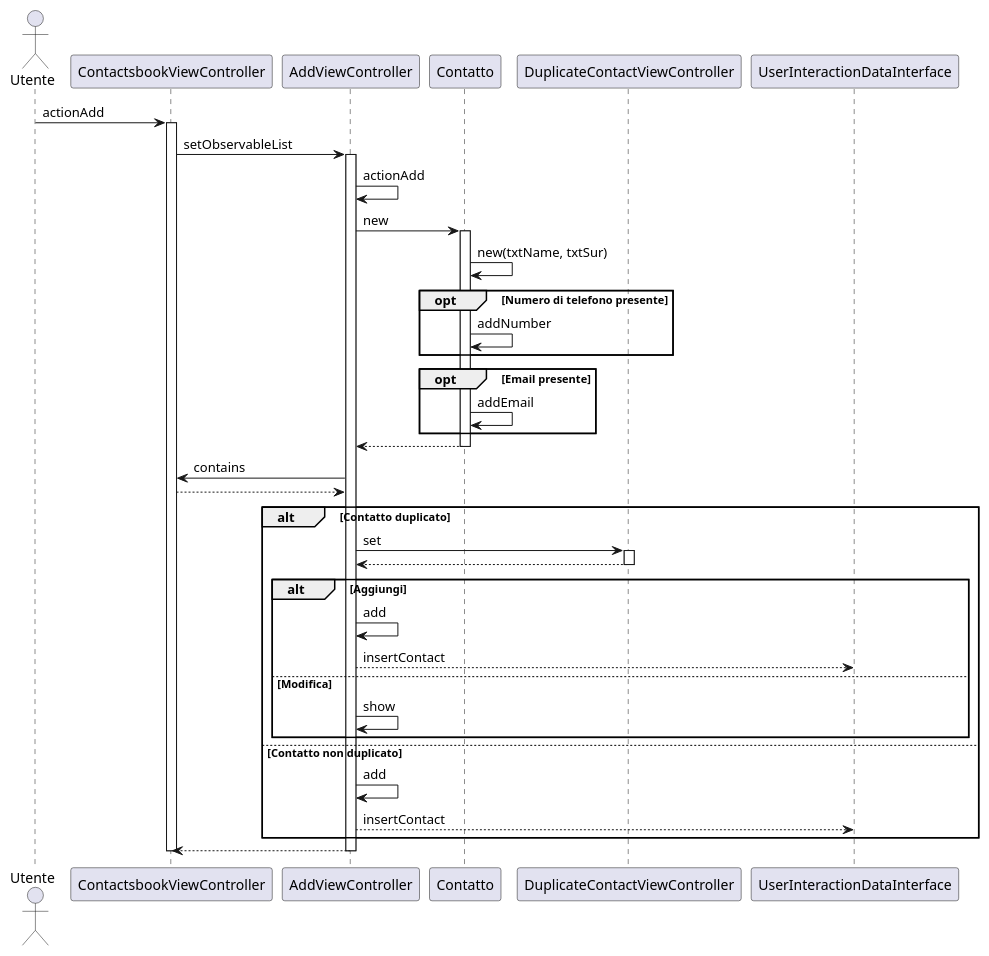
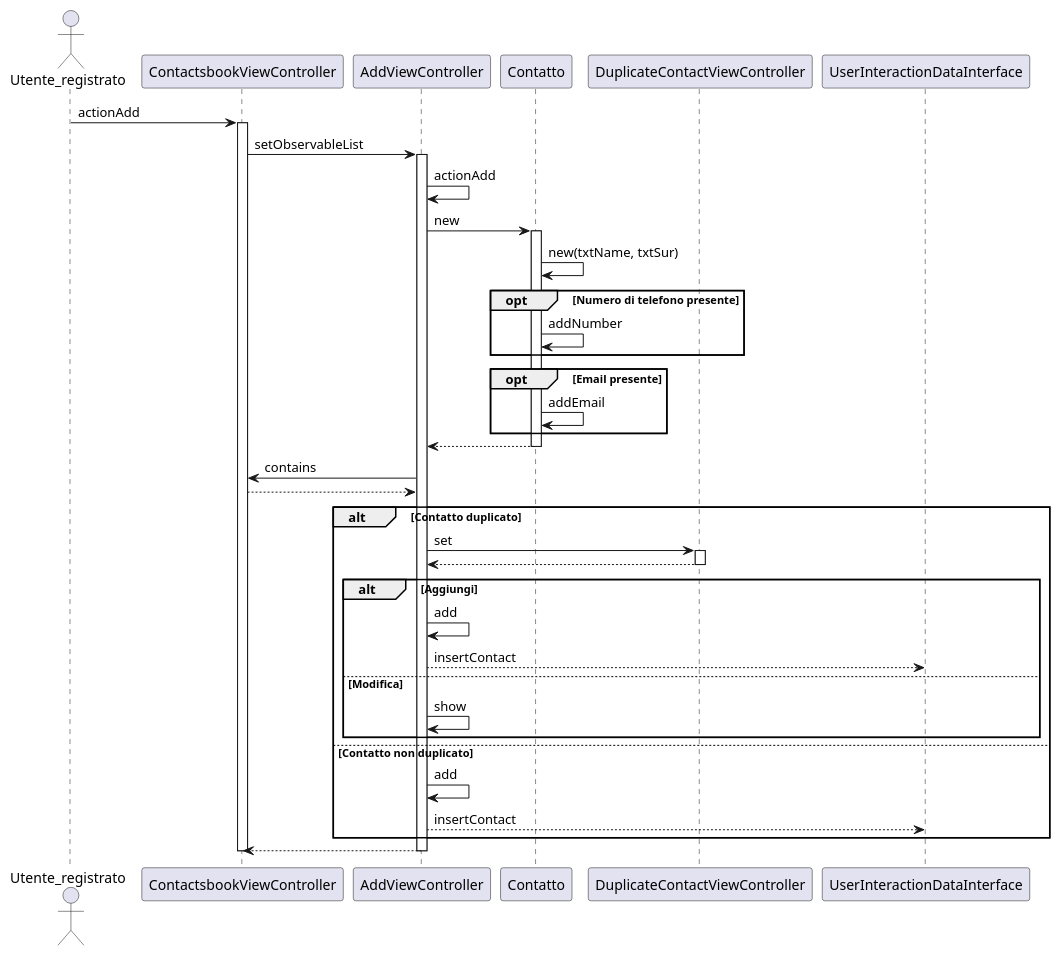
The diagram in src/main/resources/SequenceDiagrams/SequenceDiagramm_actionAdd.puml (CupoMeridio/Ingegneria-del-software-2024-2025), drawn with PlantUML before and after one commit. The commit also changed 3 other files, not shown here.

```diff
--- a/src/main/resources/SequenceDiagrams/SequenceDiagramm_actionAdd.puml
+++ b/src/main/resources/SequenceDiagrams/SequenceDiagramm_actionAdd.puml
@@ -1,47 +1,47 @@
 @startuml
-actor Utente
+actor Utente_registrato
 participant ContactsbookViewController
 participant AddViewController
 participant "Contatto" as Contact
 participant DuplicateContactViewController
 participant UserInteractionDataInterface
 
-Utente -> ContactsbookViewController: actionAdd
+Utente_registrato -> ContactsbookViewController: actionAdd
 activate ContactsbookViewController
 ContactsbookViewController->AddViewController: setObservableList
 activate AddViewController
 AddViewController -> AddViewController: actionAdd
 AddViewController -> Contact: new
 activate Contact
 Contact->Contact: new(txtName, txtSur)
 opt Numero di telefono presente
     Contact -> Contact: addNumber
 end
 opt Email presente
     Contact -> Contact: addEmail
 end
 Contact --> AddViewController
 deactivate Contact
 AddViewController->ContactsbookViewController: contains
 ContactsbookViewController-->AddViewController
 
 alt Contatto duplicato
     AddViewController -> DuplicateContactViewController: set
     activate DuplicateContactViewController
     DuplicateContactViewController-->AddViewController
     deactivate DuplicateContactViewController 
         alt Aggiungi
             AddViewController->AddViewController:add
             AddViewController-->UserInteractionDataInterface: insertContact
         else Modifica
             AddViewController->AddViewController:show
         end
 else Contatto non duplicato
 AddViewController->AddViewController: add
 AddViewController-->UserInteractionDataInterface: insertContact
 end
 deactivate Contact
 AddViewController-->ContactsbookViewController
 deactivate AddViewController
 deactivate ContactsbookViewController
 @enduml 
```
